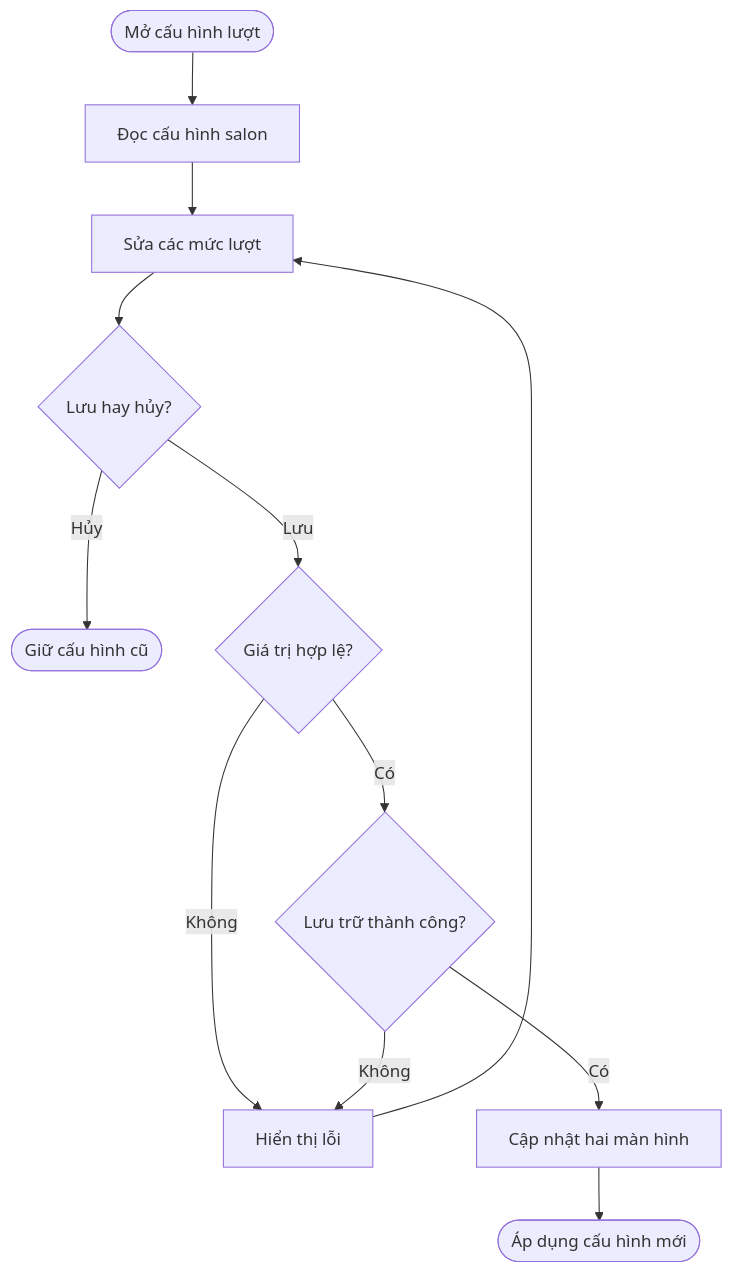
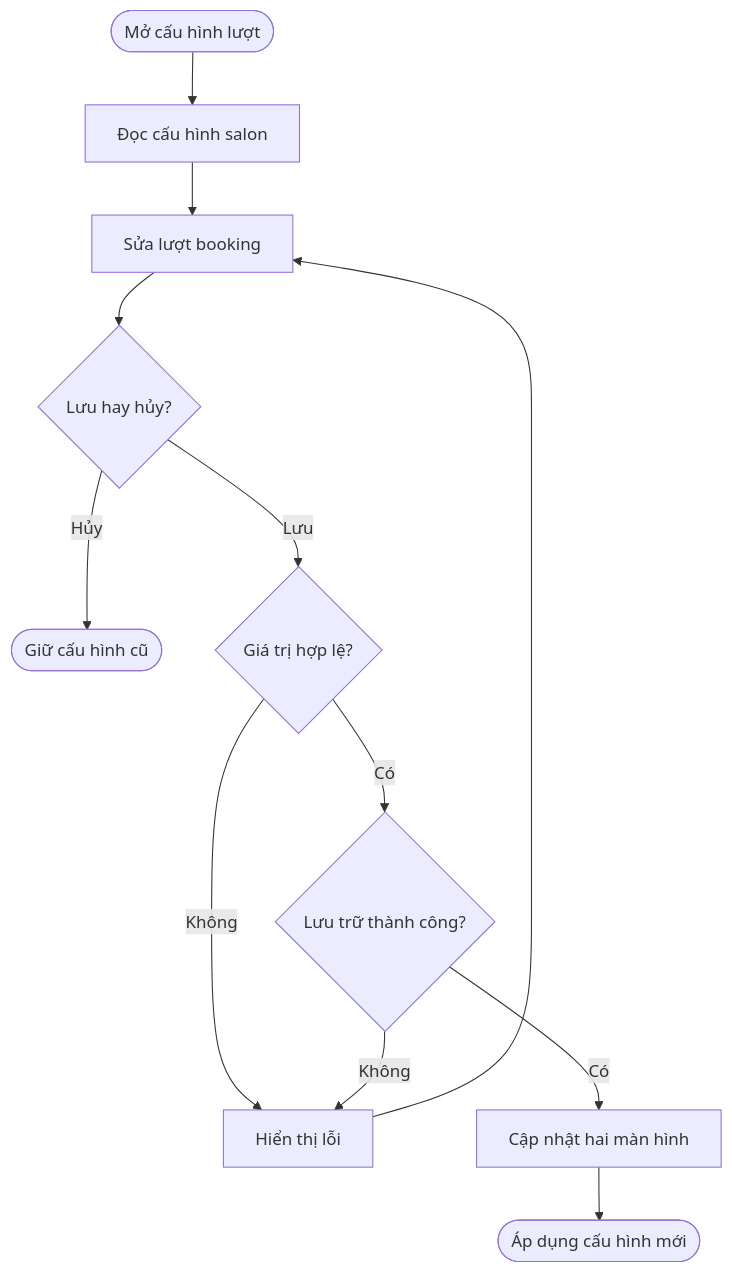
Before and after one commit to maivtn/taxiq: the fourth of 5 diagrams in docs/business/booking-incentive-policy.md, drawn with Mermaid. The commit also changed other lines of this file and 6 other files, not shown here.

````diff
--- a/docs/business/booking-incentive-policy.md
+++ b/docs/business/booking-incentive-policy.md
@@ -212,14 +212,14 @@
 ```mermaid
 flowchart TD
     A([Mở cấu hình lượt]) --> B[Đọc cấu hình salon]
-    B --> C[Sửa các mức lượt]
+    B --> C[Sửa lượt booking]
     C --> D{Lưu hay hủy?}
     D -- Hủy --> E([Giữ cấu hình cũ])
     D -- Lưu --> F{Giá trị hợp lệ?}
     F -- Không --> G[Hiển thị lỗi]
     G --> C
     F -- Có --> H{Lưu trữ thành công?}
     H -- Không --> G
     H -- Có --> I[Cập nhật hai màn hình]
     I --> J([Áp dụng cấu hình mới])
 ```
````
